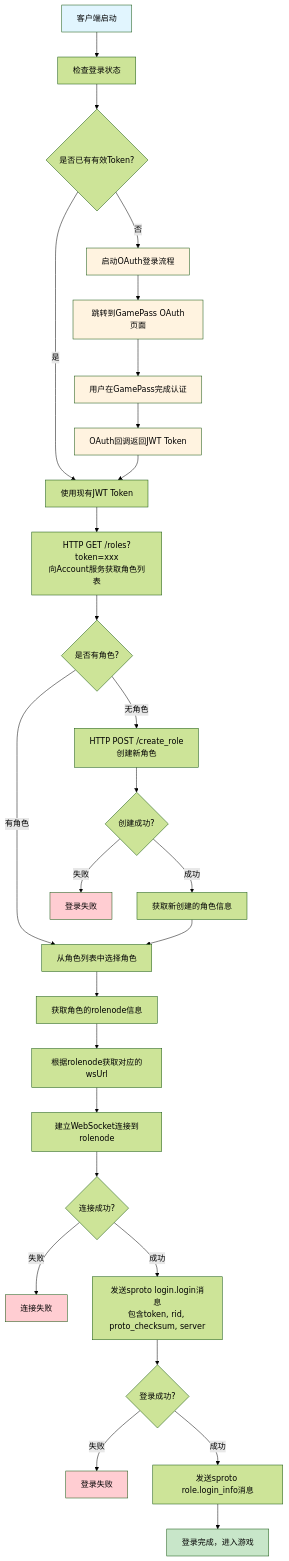
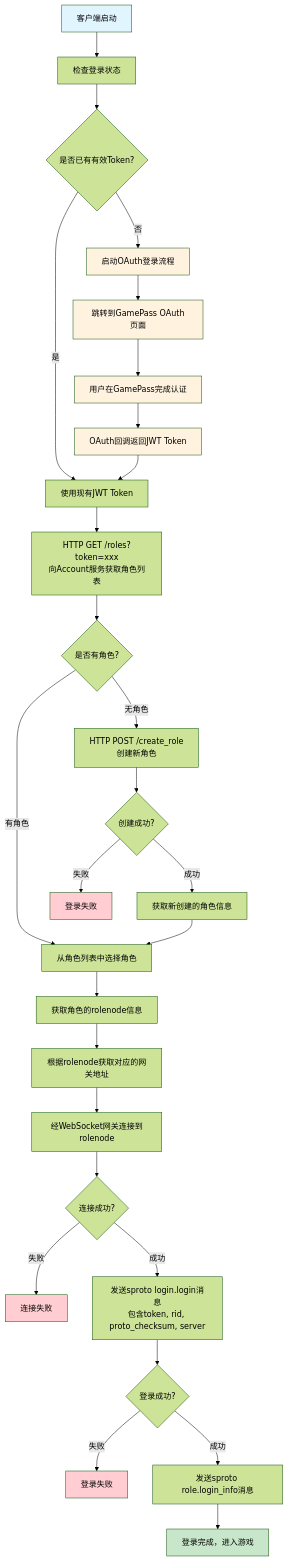
One commit to hanxi/skyext changed the first of 6 diagrams in docs/guide/login_diagram.md. Above: the diagram before and after it, drawn with Mermaid (forest theme). The commit also changed other lines of this file and 13 other files, not shown here.

````diff
--- a/docs/guide/login_diagram.md
+++ b/docs/guide/login_diagram.md
@@ -12,49 +14,49 @@
 ```mermaid
 flowchart TD
     A[客户端启动] --> B[检查登录状态]
     B --> C{是否已有有效Token?}
 
     C -->|否| D[启动OAuth登录流程]
     C -->|是| H[使用现有JWT Token]
 
     D --> E[跳转到GamePass OAuth页面]
     E --> F[用户在GamePass完成认证]
     F --> G[OAuth回调返回JWT Token]
     G --> H
 
     H --> I[HTTP GET /roles?token=xxx<br/>向Account服务获取角色列表]
 
     I --> J{是否有角色?}
 
     J -->|有角色| K[从角色列表中选择角色]
     J -->|无角色| L[HTTP POST /create_role<br/>创建新角色]
 
     L --> M{创建成功?}
     M -->|成功| N[获取新创建的角色信息]
     M -->|失败| O[登录失败]
 
     N --> K
     K --> P[获取角色的rolenode信息]
-    P --> Q[根据rolenode获取对应的wsUrl]
-    Q --> R[建立WebSocket连接到rolenode]
+    P --> Q[根据rolenode获取对应的网关地址]
+    Q --> R[经WebSocket网关连接到rolenode]
 
     R --> S{连接成功?}
     S -->|失败| T[连接失败]
     S -->|成功| U[发送sproto login.login消息<br/>包含token, rid, proto_checksum, server]
 
     U --> V{登录成功?}
     V -->|失败| W[登录失败]
     V -->|成功| X[发送sproto role.login_info消息]
 
     X --> Y[登录完成，进入游戏]
 
     style A fill:#e1f5fe
     style Y fill:#c8e6c9
     style O fill:#ffcdd2
     style T fill:#ffcdd2
     style W fill:#ffcdd2
     style D fill:#fff3e0
     style E fill:#fff3e0
     style F fill:#fff3e0
     style G fill:#fff3e0
 ```
````
